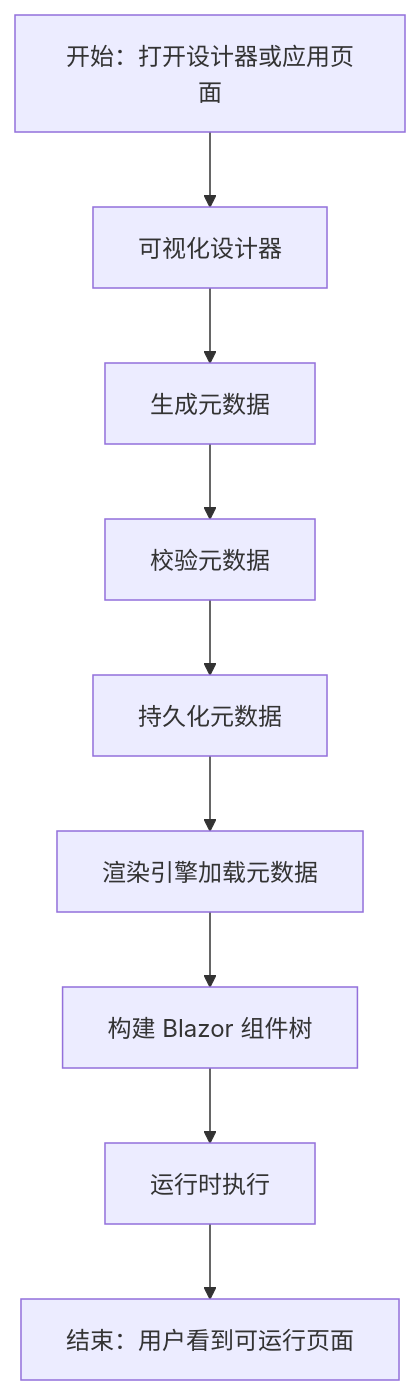
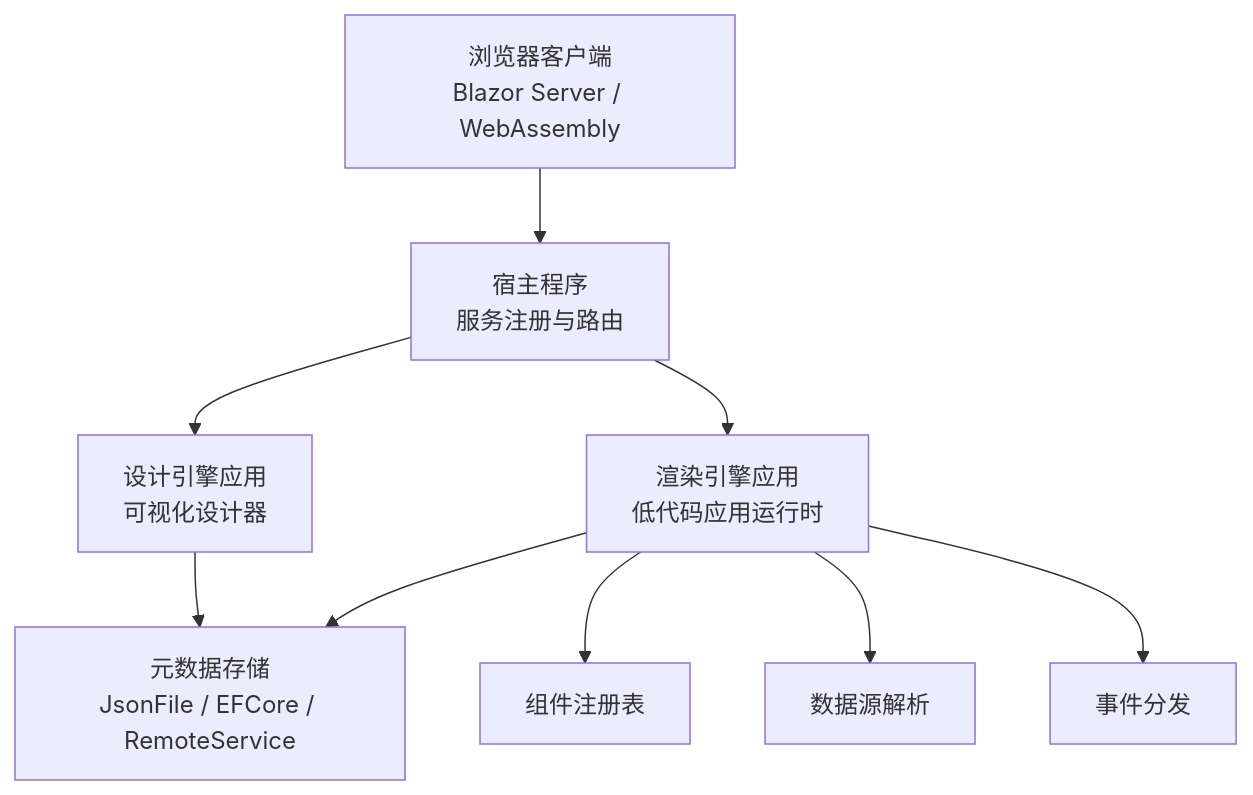
The second of 10 diagrams in .qoder/repowiki/zh/content/低代码平台/低代码平台.md (openlowcodelab/lowcode), drawn with Mermaid before and after one commit. The commit also changed other lines of this file and 223 other files, not shown here.

````diff
--- a/.qoder/repowiki/zh/content/低代码平台/低代码平台.md
+++ b/.qoder/repowiki/zh/content/低代码平台/低代码平台.md
@@ -105,11 +130,11 @@
 ```mermaid
-flowchart TD
-    Start["开始：打开设计器或应用页面"] --> Designer["可视化设计器"]
-    Designer --> Metadata["生成元数据"]
-    Metadata --> Validate["校验元数据"]
-    Validate --> Store["持久化元数据"]
-    Store --> Renderer["渲染引擎加载元数据"]
-    Renderer --> ComponentTree["构建 Blazor 组件树"]
-    ComponentTree --> Runtime["运行时执行"]
-    Runtime --> End["结束：用户看到可运行页面"]
+graph TB
+    Client["浏览器客户端<br/>Blazor Server / WebAssembly"] --> Host["宿主程序<br/>服务注册与路由"]
+    Host --> DesignApp["设计引擎应用<br/>可视化设计器"]
+    Host --> RenderApp["渲染引擎应用<br/>低代码应用运行时"]
+    DesignApp --> MetaStore["元数据存储<br/>JsonFile / EFCore / RemoteService"]
+    RenderApp --> MetaStore
+    RenderApp --> ComponentRegistry["组件注册表"]
+    RenderApp --> DataSourceResolver["数据源解析"]
+    RenderApp --> EventDispatcher["事件分发"]
 ```
````
